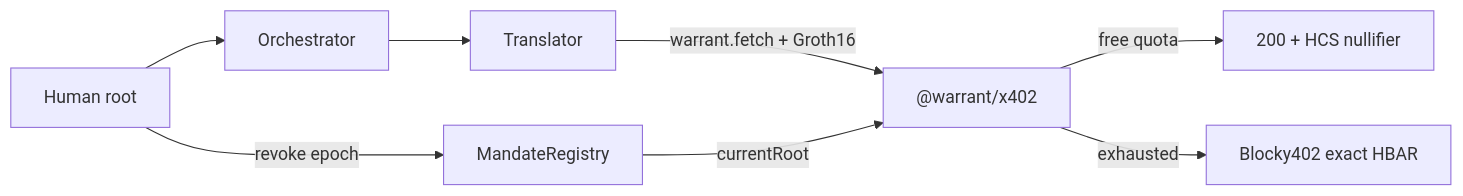
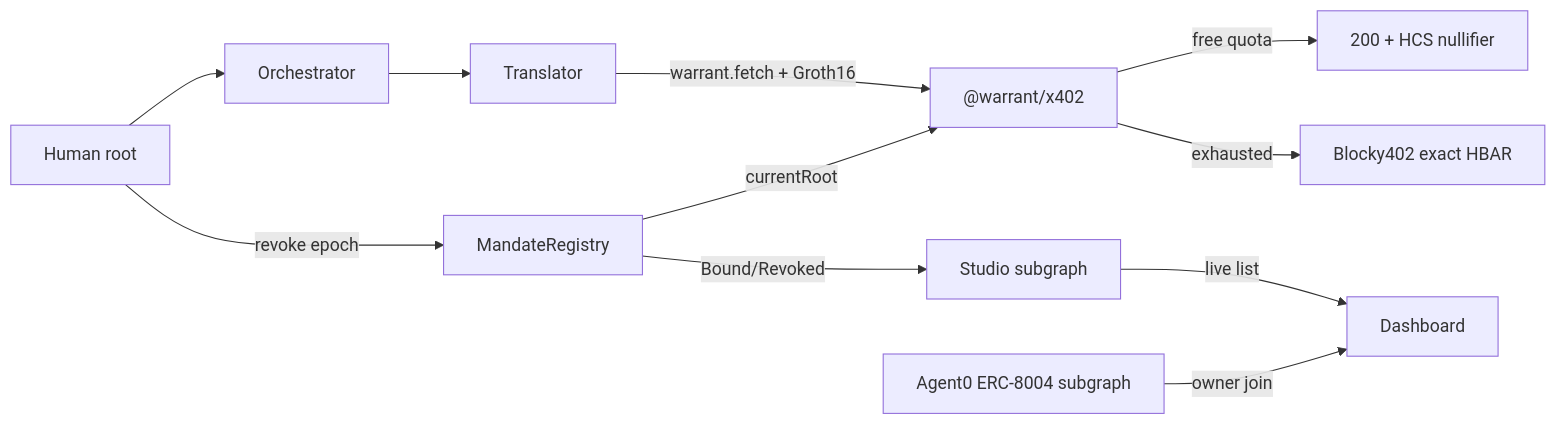
Before and after one commit to ronnakamoto/warrant: the diagram in README.md, drawn with Mermaid. The commit also changed other lines of this file and 80 other files, not shown here.

````diff
--- a/README.md
+++ b/README.md
@@ -180,10 +197,13 @@
 ```mermaid
 flowchart LR
   Human[Human root] --> Orch[Orchestrator]
   Orch --> Trans[Translator]
   Trans -->|warrant.fetch + Groth16| X402["@warrant/x402"]
   X402 -->|free quota| OK[200 + HCS nullifier]
   X402 -->|exhausted| Pay[Blocky402 exact HBAR]
   Human -->|revoke epoch| Reg[MandateRegistry]
   Reg -->|currentRoot| X402
+  Reg -->|Bound/Revoked| G[Studio subgraph]
+  G -->|live list| Dash[Dashboard]
+  A0[Agent0 ERC-8004 subgraph] -->|owner join| Dash
 ```
````
